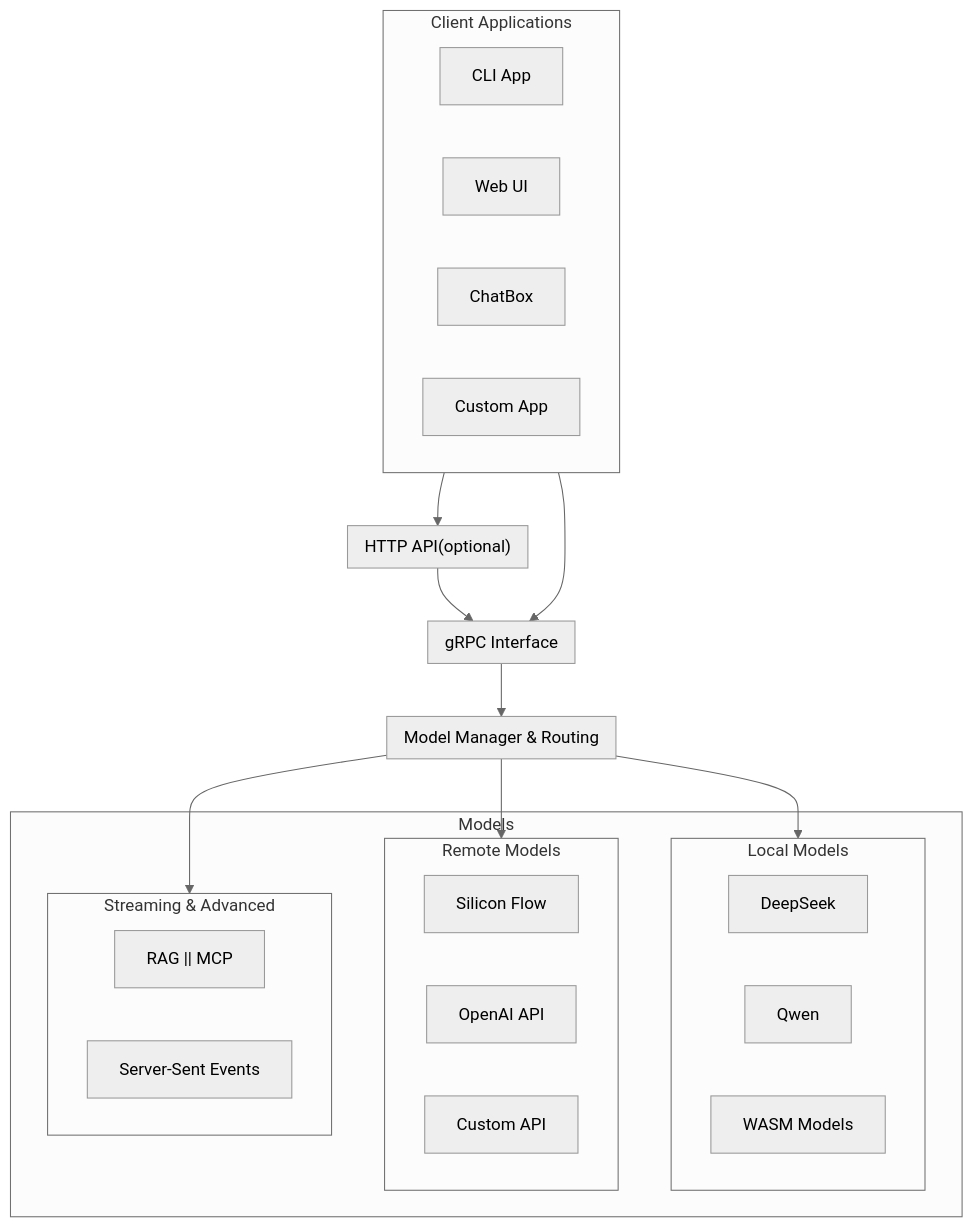
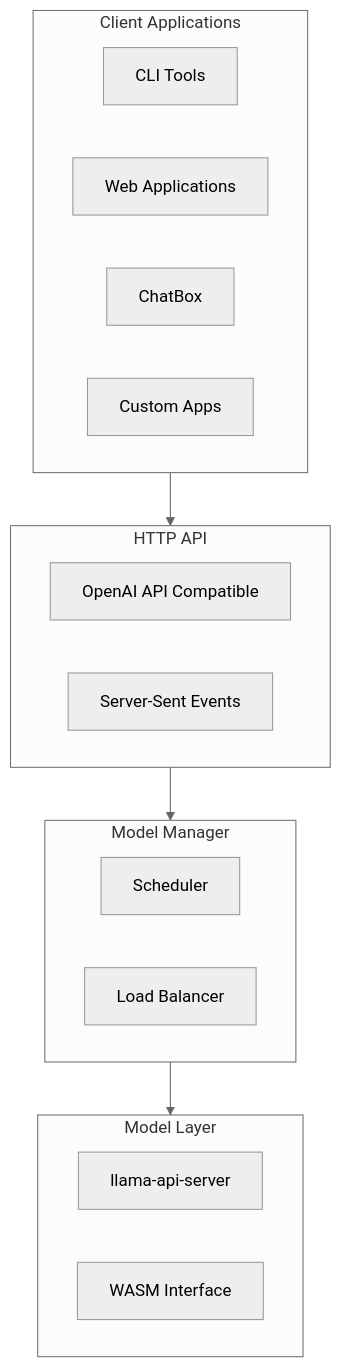
Before and after one commit to jokemanfire/assistant: the diagram in README.md, drawn with Mermaid (neutral theme). The commit also changed other lines of this file and 71 other files, not shown here.

````diff
--- a/README.md
+++ b/README.md
@@ -11,45 +7,28 @@
 ```mermaid
 flowchart TD
     subgraph clients["Client Applications"]
-        cli["CLI App"]
-        web["Web UI"]
+        cli["CLI Tools"]
+        web["Web Applications"]
         chatbox["ChatBox"]
-        custom["Custom App"]
+        custom["Custom Apps"]
     end
     
-    subgraph grpc["gRPC Interface"]
-    end
-
-    subgraph http_api["HTTP API(optional)"]
+    subgraph http_api["HTTP API"]
+        openai["OpenAI API Compatible"]
+        sse["Server-Sent Events"]
     end
     
-    subgraph manager["Model Manager & Routing"]
+    subgraph manager["Model Manager"]
+        scheduler["Scheduler"]
+        load_balance["Load Balancer"]
     end
     
-    subgraph models["Models"]
-        subgraph local["Local Models"]
-            deepseek["DeepSeek"]
-            qwen["Qwen"]
-            wasm["WASM Models"]
-        end
-        
-        subgraph remote["Remote Models"]
-            silicon["Silicon Flow"]
-            openai["OpenAI API"]
-            customapi["Custom API"]
-        end
-        
-        subgraph streaming["Streaming & Advanced"]
-            rag["RAG || MCP"]
-            sse["Server-Sent Events"]
-        end
+    subgraph models["Model Layer"]
+        llama["llama-api-server"]
+        wasm["WASM Interface"]
     end
     
-    clients --> grpc
     clients --> http_api
-    grpc --> manager
-    http_api --> grpc
-    manager --> local
-    manager --> remote
-    manager --> streaming
+    http_api --> manager
+    manager --> models
 ```
````
